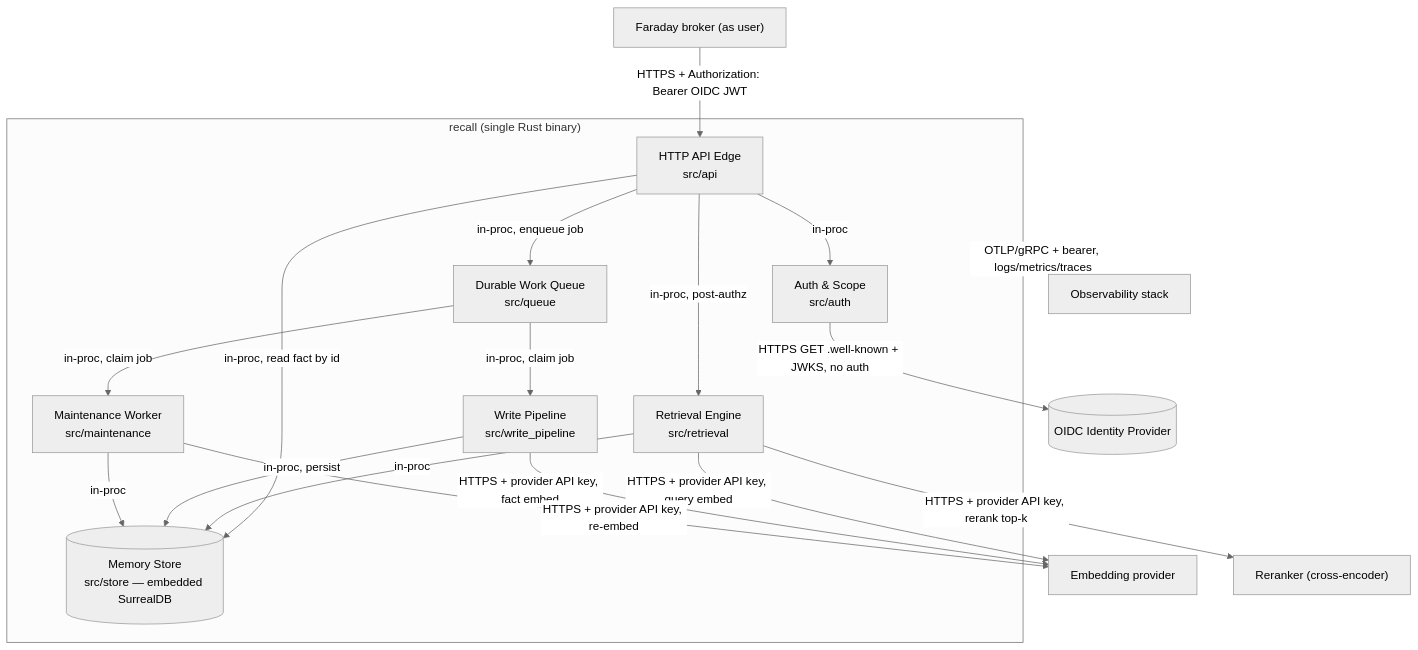
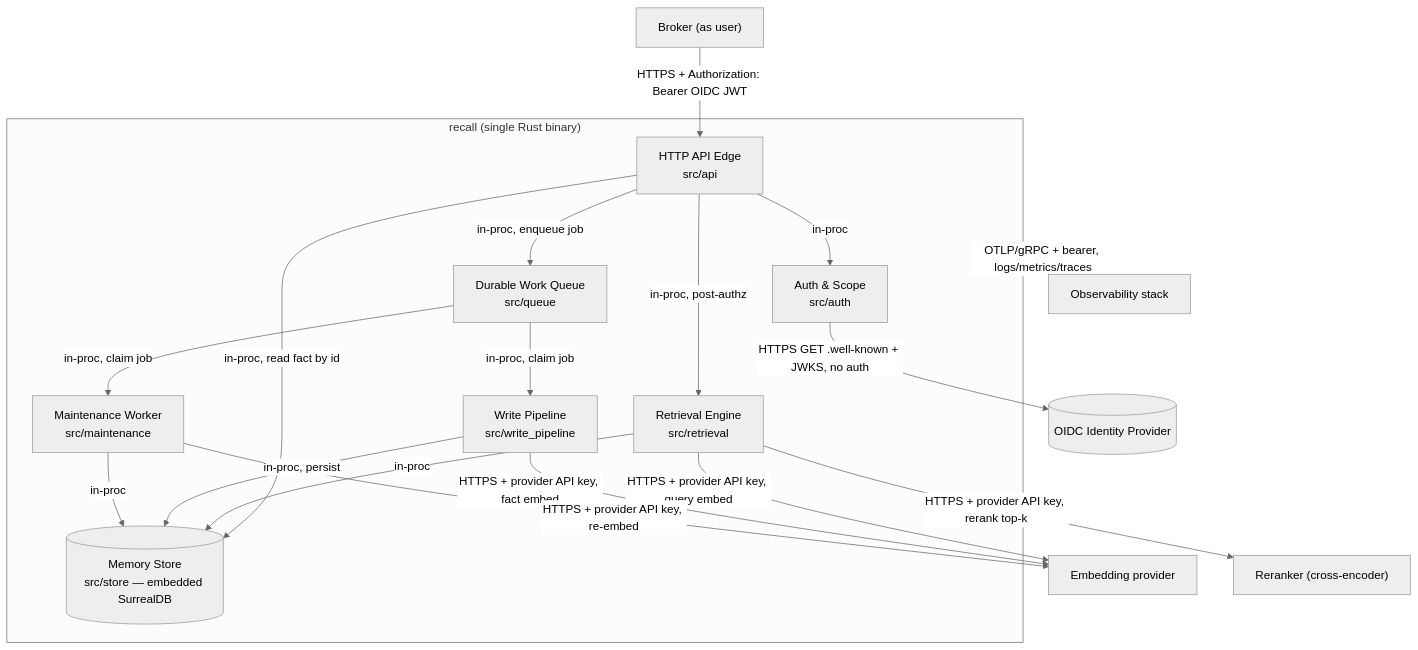
Before and after one commit to gatblau/recall: the diagram in docs/spec/phase-2-architecture.md, drawn with Mermaid (neutral theme). The commit also changed 11 other files, not shown here.

````diff
--- a/docs/spec/phase-2-architecture.md
+++ b/docs/spec/phase-2-architecture.md
@@ -25,35 +25,35 @@
 ```mermaid
 flowchart TB
-    broker["Faraday broker (as user)"]
+    broker["Broker (as user)"]
     idp[(OIDC Identity Provider)]
     embed["Embedding provider"]
     rerank["Reranker (cross-encoder)"]
     obs["Observability stack"]
 
     subgraph recall["recall (single Rust binary)"]
         api["HTTP API Edge<br/>src/api"]
         auth["Auth & Scope<br/>src/auth"]
         retr["Retrieval Engine<br/>src/retrieval"]
         queue["Durable Work Queue<br/>src/queue"]
         wpipe["Write Pipeline<br/>src/write_pipeline"]
         maint["Maintenance Worker<br/>src/maintenance"]
         store[("Memory Store<br/>src/store — embedded SurrealDB")]
     end
 
     broker -->|HTTPS + Authorization: Bearer OIDC JWT| api
     api -->|in-proc| auth
     auth -->|HTTPS GET .well-known + JWKS, no auth| idp
     api -->|in-proc, post-authz| retr
     api -->|in-proc, enqueue job| queue
     api -->|in-proc, read fact by id| store
     retr -->|in-proc| store
     retr -->|HTTPS + provider API key, query embed| embed
     retr -->|HTTPS + provider API key, rerank top-k| rerank
     queue -->|in-proc, claim job| wpipe
     queue -->|in-proc, claim job| maint
     wpipe -->|in-proc, persist| store
     wpipe -->|HTTPS + provider API key, fact embed| embed
     maint -->|in-proc| store
     maint -->|HTTPS + provider API key, re-embed| embed
     recall -->|OTLP/gRPC + bearer, logs/metrics/traces| obs
 ```
````
